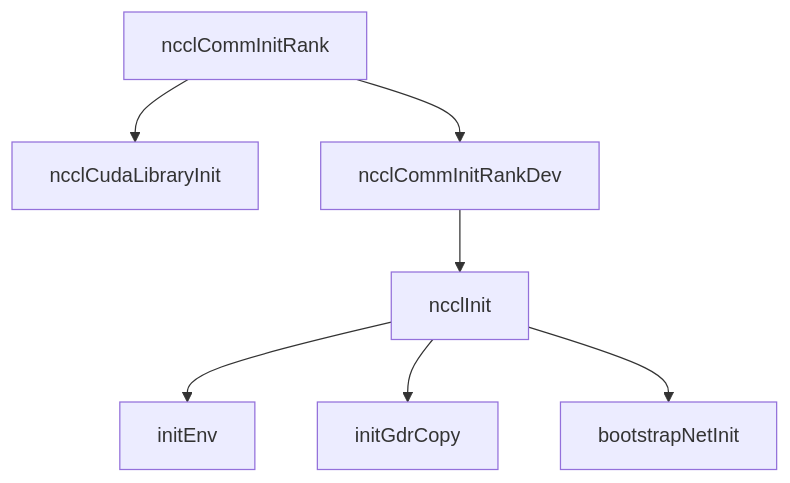
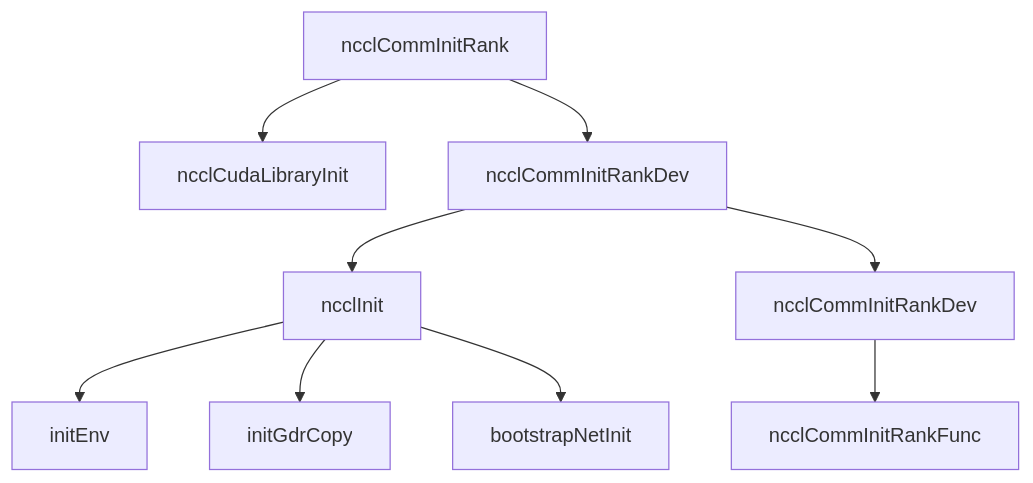
Before and after one commit to javioustlj/cs-note: the second of 3 diagrams in content/zh-cn/AI/nccl/example.md, drawn with Mermaid. The commit also changed other lines of this file and 34 other files, not shown here.

````diff
--- a/content/zh-cn/AI/nccl/example.md
+++ b/content/zh-cn/AI/nccl/example.md
@@ -20,9 +20,11 @@
 ```mermaid
 flowchart TD
   A[ncclCommInitRank] --> B1[ncclCudaLibraryInit]
   A --> B2[ncclCommInitRankDev]
   B2 --> C1[ncclInit]
   C1 --> D1[initEnv]
   C1 --> D2[initGdrCopy]
   C1 --> D3[bootstrapNetInit]
+  B2 --> C2[ncclCommInitRankDev]
+  C2 --> C2D[ncclCommInitRankFunc]
 ```
````
